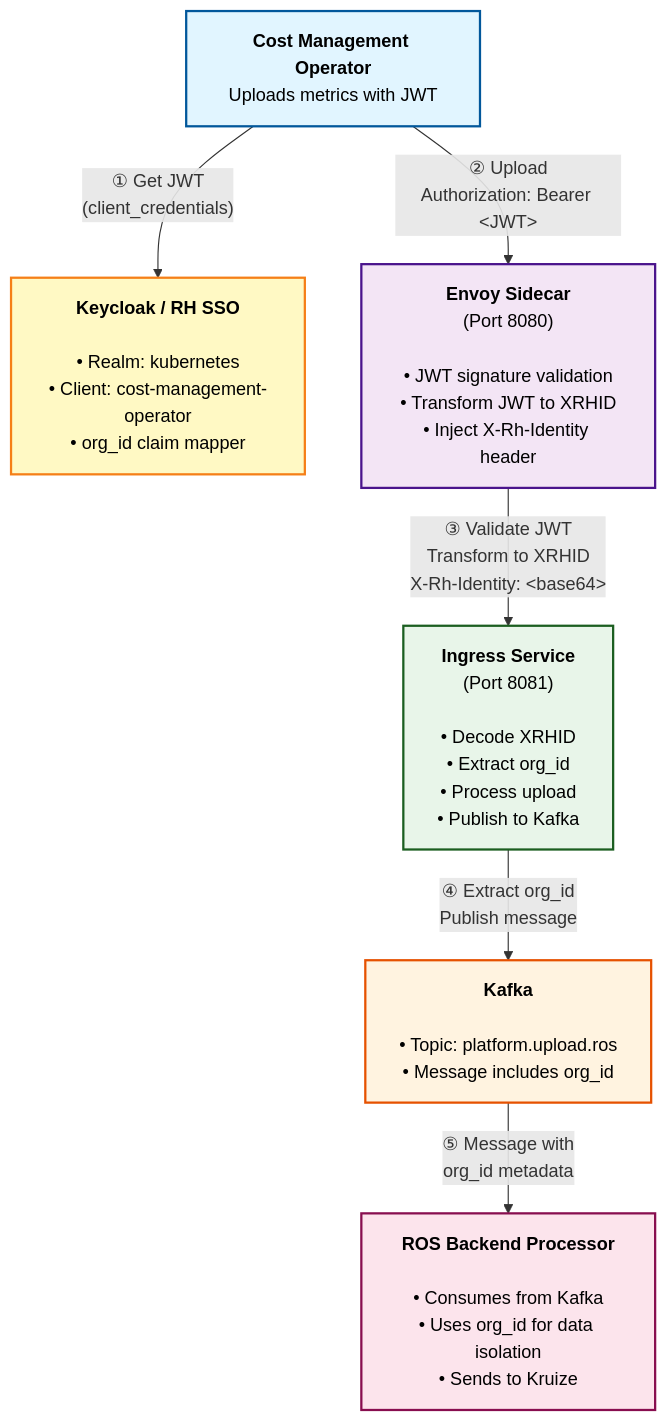
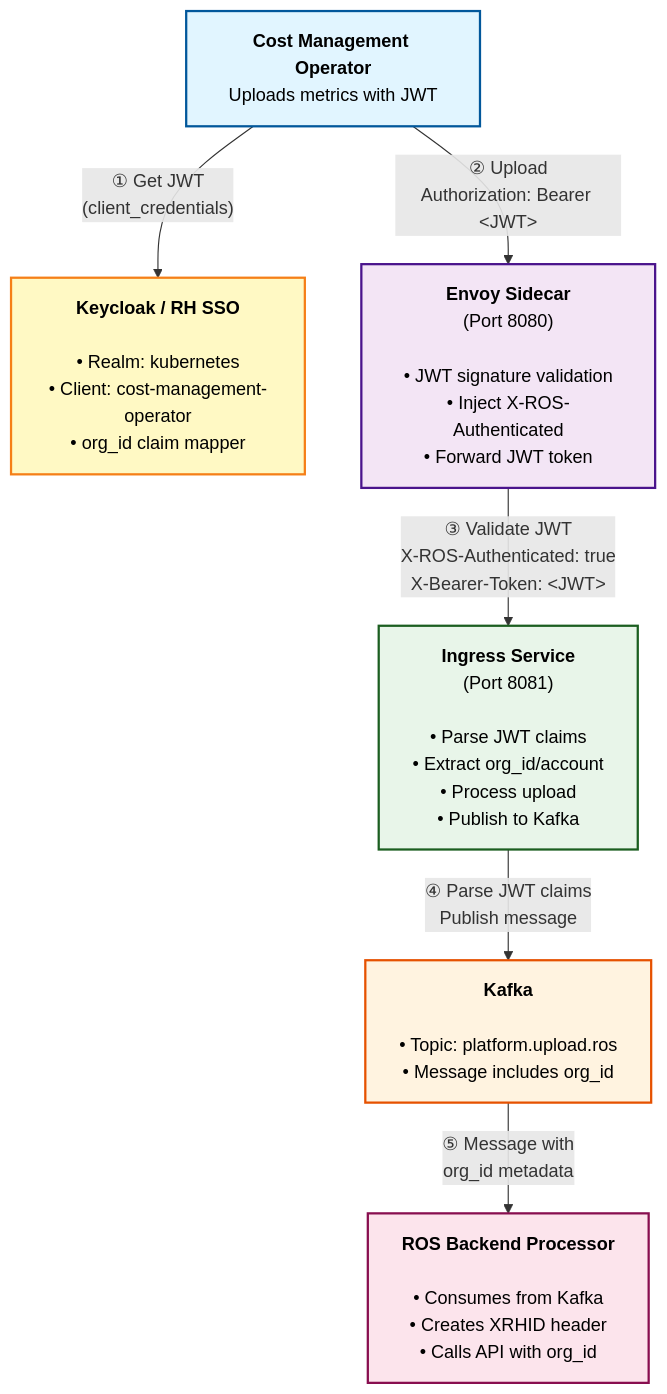
Before and after one commit to jordigilh/ros-helm-chart: the first of 2 diagrams in docs/keycloak-jwt-authentication-setup.md, drawn with Mermaid. The commit also changed other lines of this file and 3 other files, not shown here.

````diff
--- a/docs/keycloak-jwt-authentication-setup.md
+++ b/docs/keycloak-jwt-authentication-setup.md
@@ -11,22 +11,22 @@
 ```mermaid
 graph TB
     Operator["<b>Cost Management Operator</b><br/>Uploads metrics with JWT"]
     Keycloak["<b>Keycloak / RH SSO</b><br/><br/>• Realm: kubernetes<br/>• Client: cost-management-operator<br/>• org_id claim mapper"]
-    Envoy["<b>Envoy Sidecar</b><br/>(Port 8080)<br/><br/>• JWT signature validation<br/>• Transform JWT to XRHID<br/>• Inject X-Rh-Identity header"]
-    Ingress["<b>Ingress Service</b><br/>(Port 8081)<br/><br/>• Decode XRHID<br/>• Extract org_id<br/>• Process upload<br/>• Publish to Kafka"]
+    Envoy["<b>Envoy Sidecar</b><br/>(Port 8080)<br/><br/>• JWT signature validation<br/>• Inject X-ROS-Authenticated<br/>• Forward JWT token"]
+    Ingress["<b>Ingress Service</b><br/>(Port 8081)<br/><br/>• Parse JWT claims<br/>• Extract org_id/account<br/>• Process upload<br/>• Publish to Kafka"]
     Kafka["<b>Kafka</b><br/><br/>• Topic: platform.upload.ros<br/>• Message includes org_id"]
-    Backend["<b>ROS Backend Processor</b><br/><br/>• Consumes from Kafka<br/>• Uses org_id for data isolation<br/>• Sends to Kruize"]
+    Backend["<b>ROS Backend Processor</b><br/><br/>• Consumes from Kafka<br/>• Creates XRHID header<br/>• Calls API with org_id"]
 
     Operator -->|"① Get JWT<br/>(client_credentials)"| Keycloak
     Operator -->|"② Upload<br/>Authorization: Bearer &lt;JWT&gt;"| Envoy
-    Envoy -->|"③ Validate JWT<br/>Transform to XRHID<br/>X-Rh-Identity: &lt;base64&gt;"| Ingress
-    Ingress -->|"④ Extract org_id<br/>Publish message"| Kafka
+    Envoy -->|"③ Validate JWT<br/>X-ROS-Authenticated: true<br/>X-Bearer-Token: &lt;JWT&gt;"| Ingress
+    Ingress -->|"④ Parse JWT claims<br/>Publish message"| Kafka
     Kafka -->|"⑤ Message with<br/>org_id metadata"| Backend
 
     style Operator fill:#e1f5ff,stroke:#01579b,stroke-width:2px,color:#000
     style Keycloak fill:#fff9c4,stroke:#f57f17,stroke-width:2px,color:#000
     style Envoy fill:#f3e5f5,stroke:#4a148c,stroke-width:2px,color:#000
     style Ingress fill:#e8f5e9,stroke:#1b5e20,stroke-width:2px,color:#000
     style Kafka fill:#fff3e0,stroke:#e65100,stroke-width:2px,color:#000
     style Backend fill:#fce4ec,stroke:#880e4f,stroke-width:2px,color:#000
 ```
````
